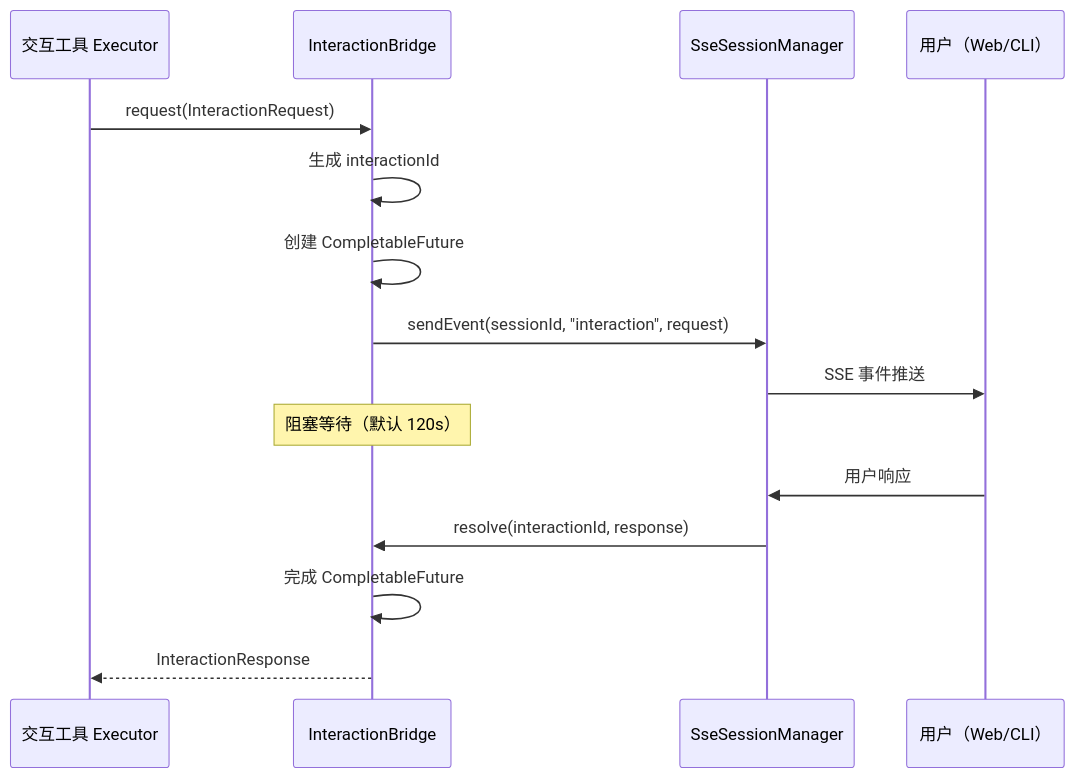
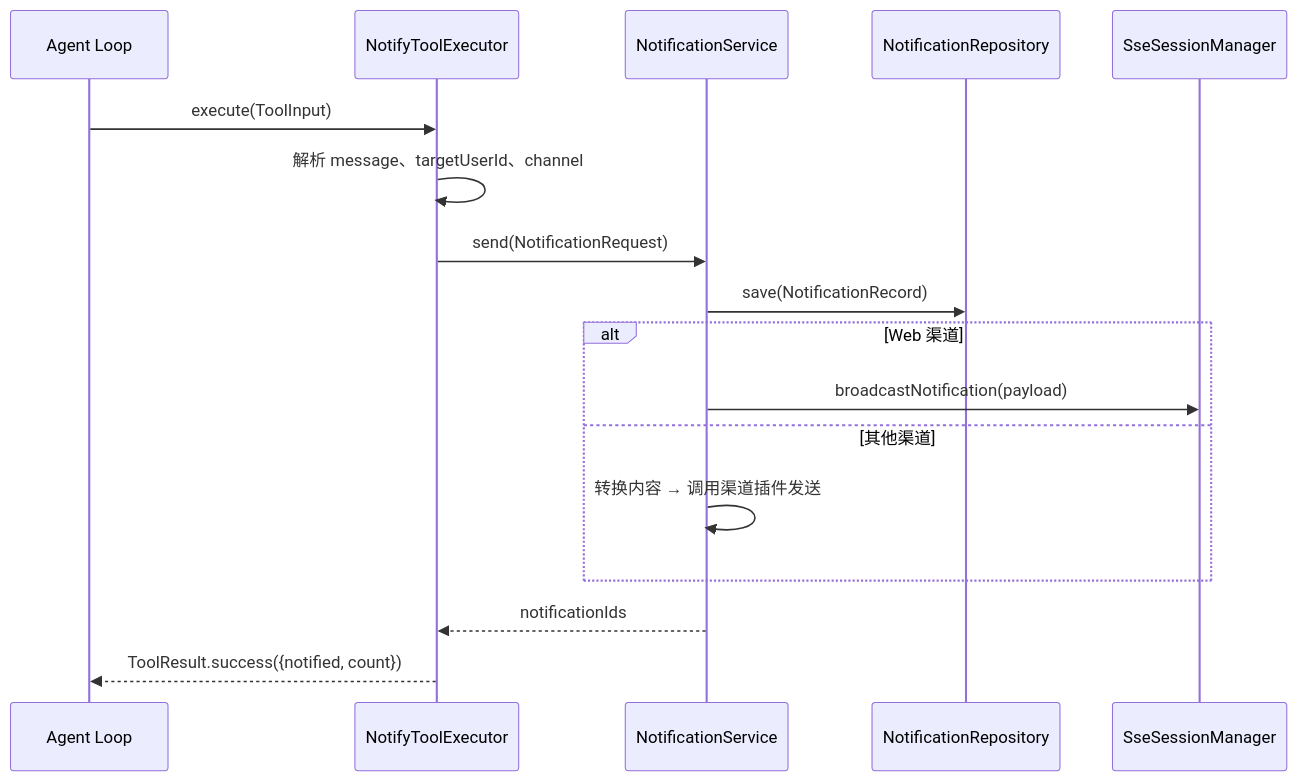
The second of 3 diagrams in docs/architecture/meta-capabilities.md (ntygod/LifePilot), drawn with Mermaid before and after one commit. The commit also changed other lines of this file and 84 other files, not shown here.

````diff
--- a/docs/architecture/meta-capabilities.md
+++ b/docs/architecture/meta-capabilities.md
@@ -169,18 +197,20 @@
 ```mermaid
 sequenceDiagram
-    participant Tool as 交互工具 Executor
-    participant IB as InteractionBridge
+    participant Agent as Agent Loop
+    participant NTE as NotifyToolExecutor
+    participant NS as NotificationService
+    participant Repo as NotificationRepository
     participant SSE as SseSessionManager
-    participant User as 用户（Web/CLI）
 
-    Tool->>IB: request(InteractionRequest)
-    IB->>IB: 生成 interactionId
-    IB->>IB: 创建 CompletableFuture
-    IB->>SSE: sendEvent(sessionId, "interaction", request)
-    SSE->>User: SSE 事件推送
-    Note over IB: 阻塞等待（默认 120s）
-    User->>SSE: 用户响应
-    SSE->>IB: resolve(interactionId, response)
-    IB->>IB: 完成 CompletableFuture
-    IB-->>Tool: InteractionResponse
+    Agent->>NTE: execute(ToolInput)
+    NTE->>NTE: 解析 message、targetUserId、channel
+    NTE->>NS: send(NotificationRequest)
+    NS->>Repo: save(NotificationRecord)
+    alt Web 渠道
+        NS->>SSE: broadcastNotification(payload)
+    else 其他渠道
+        NS->>NS: 转换内容 → 调用渠道插件发送
+    end
+    NS-->>NTE: notificationIds
+    NTE-->>Agent: ToolResult.success({notified, count})
 ```
````
